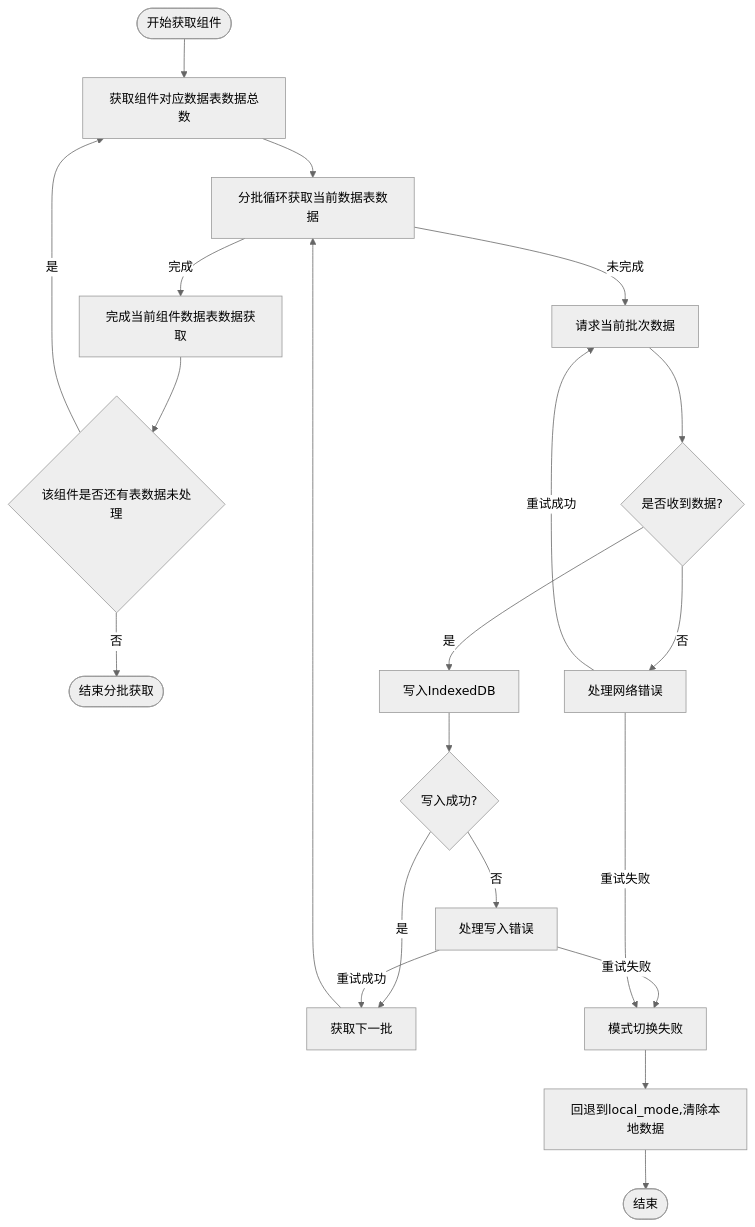
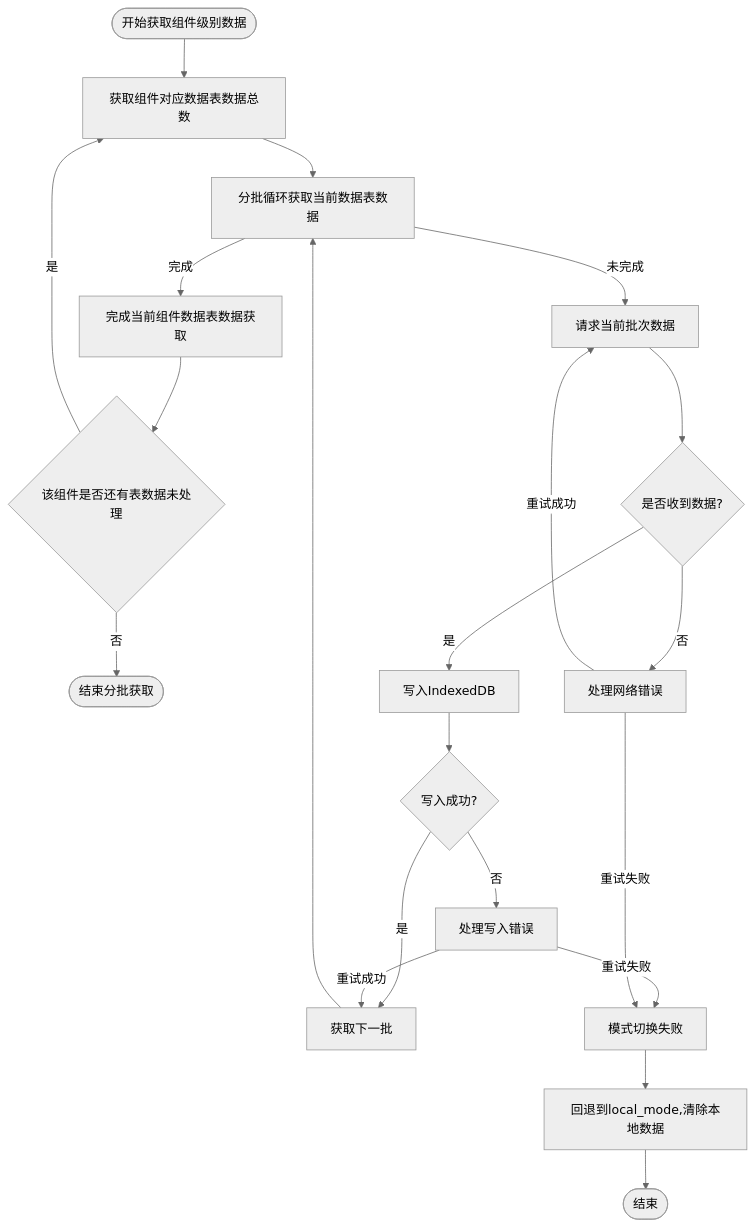
Before and after one commit to yingjianzh/iodraw-files: the diagram in all/未命名-59.md, drawn with Mermaid (neutral theme).

Commit message:
2025-05-14 15:09:11 update

````diff
--- a/all/未命名-59.md
+++ b/all/未命名-59.md
@@ -1,36 +1,40 @@
 ```mermaid
 
 
 flowchart TD
-    StartBatch([开始获取组件]) --> InitializeBatch[获取组件对应数据表数据总数]
+    StartBatch([开始获取组件级别数据]) --> 
+    
+    
+    
+    InitializeBatch[获取组件对应数据表数据总数]
     InitializeBatch --> CheckBatchSize[分批循环获取当前数据表数据]
     
     CheckBatchSize -->|完成| BatchComplete[完成当前组件数据表数据获取]
 
 
     BatchComplete --> HasNext{该组件是否还有表数据未处理}
 
     HasNext --> |是| InitializeBatch
     HasNext --> |否| EndBatch([结束分批获取])
 
     
     CheckBatchSize -->|未完成| RequestBatch[请求当前批次数据]
     RequestBatch --> ReceiveBatch{是否收到数据?}
     
     ReceiveBatch -->|是| WriteToDB[写入IndexedDB]
     
     WriteToDB --> BatchSuccess{写入成功?}
     BatchSuccess -->|是| NextBatch[获取下一批]
     BatchSuccess -->|否| HandleError[处理写入错误]
     HandleError -->|重试成功| NextBatch
     HandleError -->|重试失败| ModeFailed[模式切换失败]
     ModeFailed --> Abort[回退到local_mode,清除本地数据]
     Abort --> End([结束])
     
     ReceiveBatch -->|否| HandleNetworkError[处理网络错误]
     HandleNetworkError -->|重试成功| RequestBatch
     HandleNetworkError -->|重试失败| ModeFailed
     
     NextBatch --> CheckBatchSize
 
 ```
````
